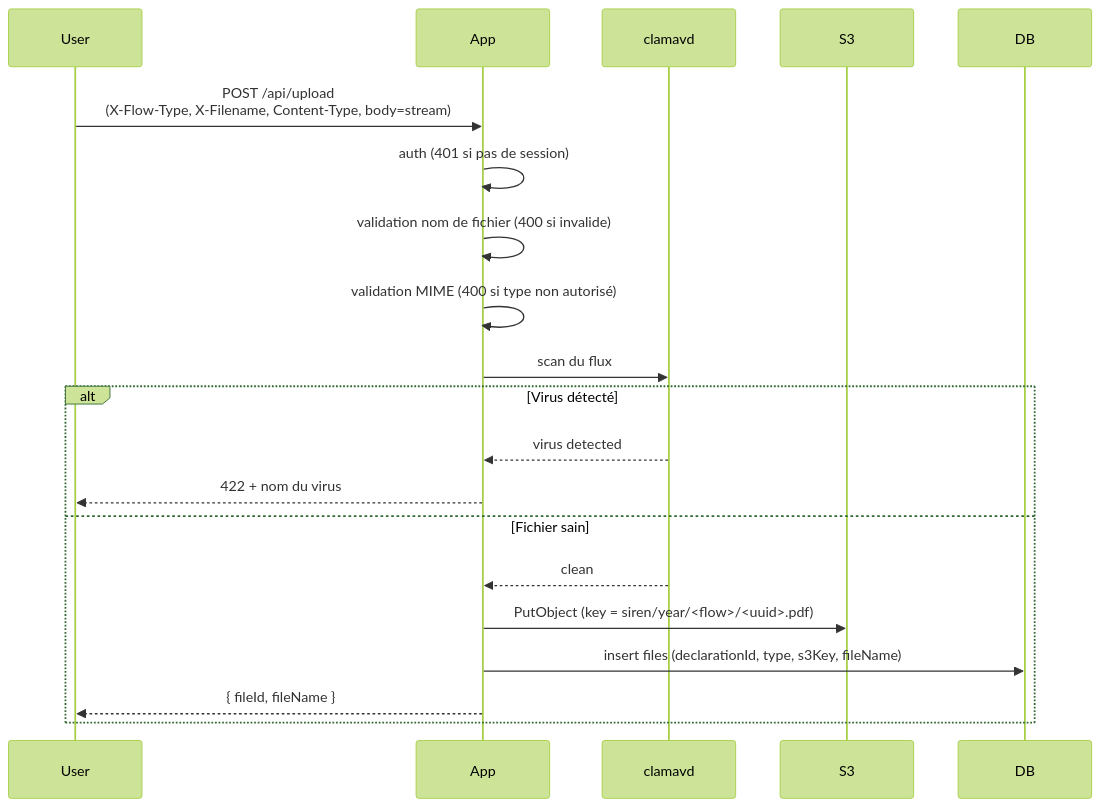
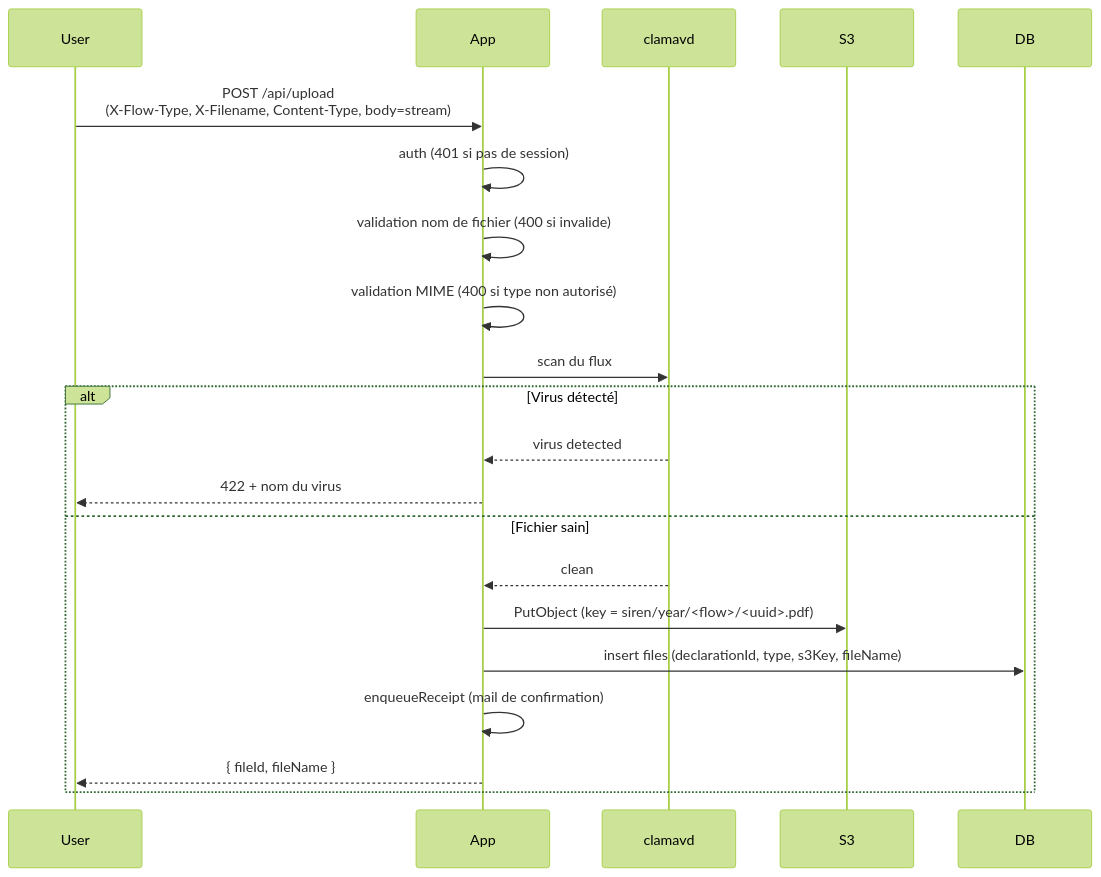
The fourth of 5 diagrams in docs/architecture.md (SocialGouv/egapro), drawn with Mermaid (forest theme) before and after one commit. The commit also changed other lines of this file and 2 other files, not shown here.

````diff
--- a/docs/architecture.md
+++ b/docs/architecture.md
@@ -430,23 +442,24 @@
 ```mermaid
 sequenceDiagram
     participant User
     participant App
     participant AV as clamavd
     participant S3
     participant DB
 
     User->>App: POST /api/upload<br/>(X-Flow-Type, X-Filename, Content-Type, body=stream)
     App->>App: auth (401 si pas de session)
     App->>App: validation nom de fichier (400 si invalide)
     App->>App: validation MIME (400 si type non autorisé)
     App->>AV: scan du flux
     alt Virus détecté
         AV-->>App: virus detected
         App-->>User: 422 + nom du virus
     else Fichier sain
         AV-->>App: clean
         App->>S3: PutObject (key = siren/year/<flow>/<uuid>.pdf)
         App->>DB: insert files (declarationId, type, s3Key, fileName)
+        App->>App: enqueueReceipt (mail de confirmation)
         App-->>User: { fileId, fileName }
     end
 ```
````
